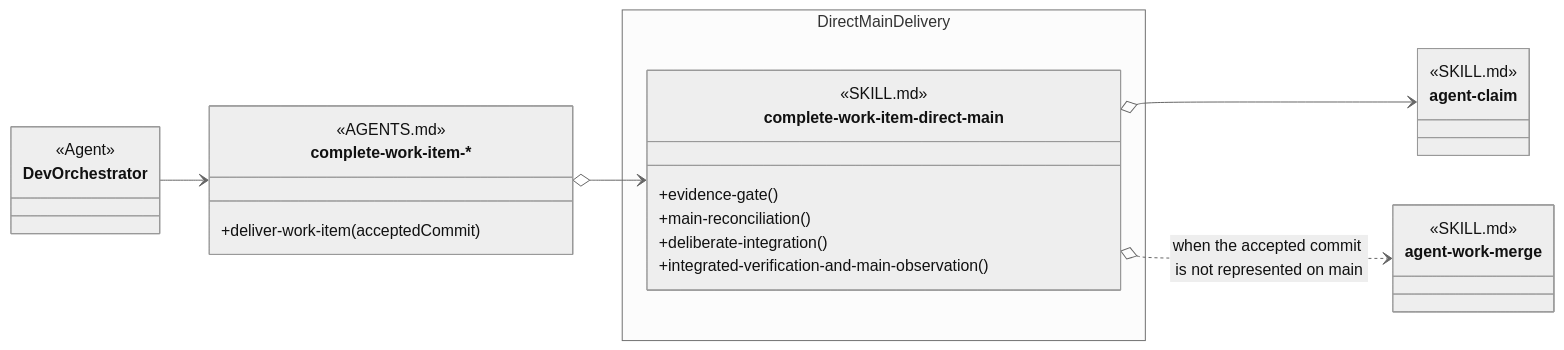
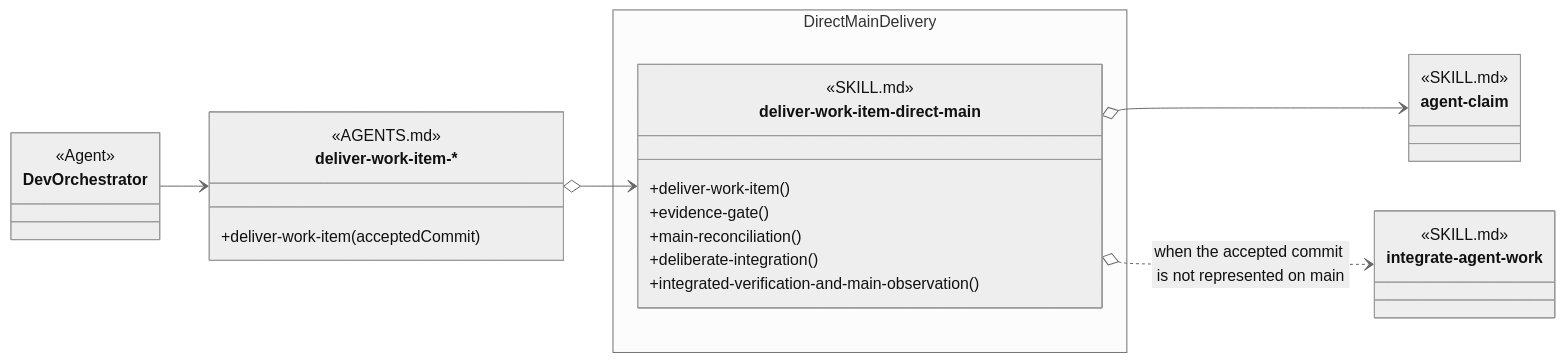
One commit to martinbechard/dev-methodology changed the diagram in design/skill-groups/direct-main-delivery.md. Above: the diagram before and after it, drawn with Mermaid (neutral theme). The commit also changed other lines of this file and 10 other files, not shown here.

````diff
--- a/design/skill-groups/direct-main-delivery.md
+++ b/design/skill-groups/direct-main-delivery.md
@@ -13,40 +13,41 @@
 ```mermaid
 classDiagram
     direction LR
 
     class DevOrchestrator {
         <<Agent>>
     }
 
-    class DeliverWorkItem["complete-work-item-*"] {
+    class DeliverWorkItem["deliver-work-item-*"] {
         <<AGENTS.md>>
         <<routing>>
         +deliver-work-item(acceptedCommit)
     }
 
     namespace DirectMainDelivery {
-        class complete-work-item-direct-main {
+        class deliver-work-item-direct-main {
             <<SKILL.md>>
             <<Injectable Skill>>
+            +deliver-work-item()
             +evidence-gate()
             +main-reconciliation()
             +deliberate-integration()
             +integrated-verification-and-main-observation()
         }
     }
 
     class agent-claim {
         <<SKILL.md>>
         <<Cross-group>>
     }
 
-    class agent-work-merge {
+    class integrate-agent-work {
         <<SKILL.md>>
         <<Cross-group>>
     }
 
     DevOrchestrator --> DeliverWorkItem
-    DeliverWorkItem o--> complete-work-item-direct-main
-    complete-work-item-direct-main o--> agent-claim
-    complete-work-item-direct-main o..> agent-work-merge : when the accepted commit is not represented on main
+    DeliverWorkItem o--> deliver-work-item-direct-main
+    deliver-work-item-direct-main o--> agent-claim
+    deliver-work-item-direct-main o..> integrate-agent-work : when the accepted commit is not represented on main
 ```
````
